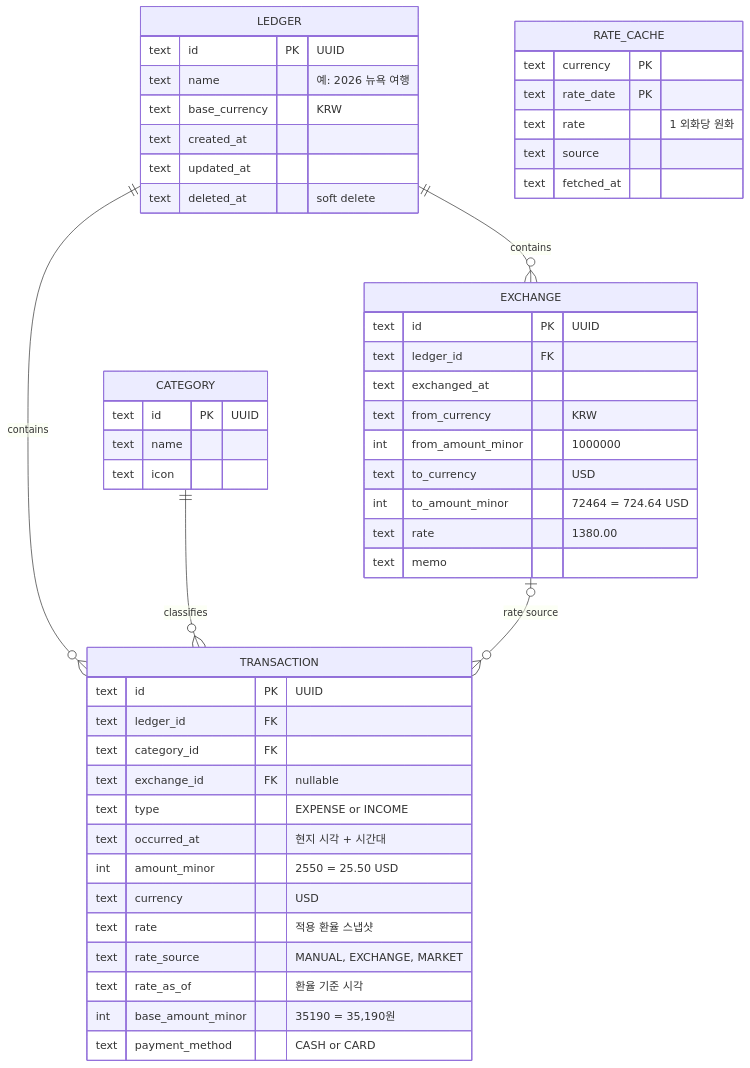
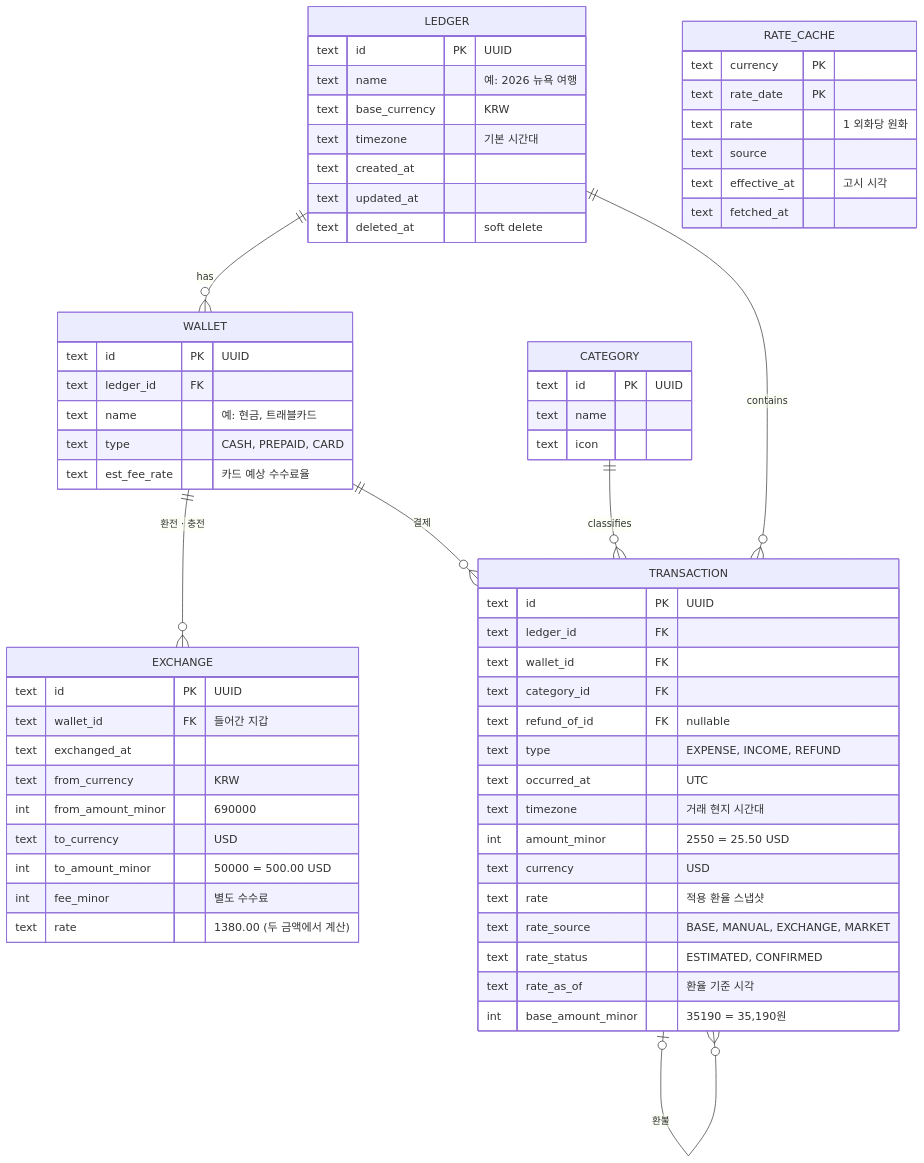
Before and after one commit to Xeoyeon/tradger: the fifth of 5 diagrams in docs/01-architecture.md, drawn with Mermaid. The commit also changed other lines of this file and 2 other files, not shown here.

````diff
--- a/docs/01-architecture.md
+++ b/docs/01-architecture.md
@@ -223,54 +230,67 @@
 ```mermaid
 erDiagram
+  LEDGER ||--o{ WALLET : has
   LEDGER ||--o{ TRANSACTION : contains
-  LEDGER ||--o{ EXCHANGE : contains
+  WALLET ||--o{ EXCHANGE : "환전 · 충전"
+  WALLET ||--o{ TRANSACTION : "결제"
   CATEGORY ||--o{ TRANSACTION : classifies
-  EXCHANGE |o--o{ TRANSACTION : "rate source"
+  TRANSACTION |o--o{ TRANSACTION : "환불"
 
   LEDGER {
     text id PK "UUID"
     text name "예: 2026 뉴욕 여행"
     text base_currency "KRW"
+    text timezone "기본 시간대"
     text created_at
     text updated_at
     text deleted_at "soft delete"
   }
+  WALLET {
+    text id PK "UUID"
+    text ledger_id FK
+    text name "예: 현금, 트래블카드"
+    text type "CASH, PREPAID, CARD"
+    text est_fee_rate "카드 예상 수수료율"
+  }
   EXCHANGE {
     text id PK "UUID"
-    text ledger_id FK
+    text wallet_id FK "들어간 지갑"
     text exchanged_at
     text from_currency "KRW"
-    int from_amount_minor "1000000"
+    int from_amount_minor "690000"
     text to_currency "USD"
-    int to_amount_minor "72464 = 724.64 USD"
-    text rate "1380.00"
-    text memo
+    int to_amount_minor "50000 = 500.00 USD"
+    int fee_minor "별도 수수료"
+    text rate "1380.00 (두 금액에서 계산)"
   }
   TRANSACTION {
     text id PK "UUID"
     text ledger_id FK
+    text wallet_id FK
     text category_id FK
-    text exchange_id FK "nullable"
-    text type "EXPENSE or INCOME"
-    text occurred_at "현지 시각 + 시간대"
+    text refund_of_id FK "nullable"
+    text type "EXPENSE, INCOME, REFUND"
+    text occurred_at "UTC"
+    text timezone "거래 현지 시간대"
     int amount_minor "2550 = 25.50 USD"
     text currency "USD"
     text rate "적용 환율 스냅샷"
-    text rate_source "MANUAL, EXCHANGE, MARKET"
+    text rate_source "BASE, MANUAL, EXCHANGE, MARKET"
+    text rate_status "ESTIMATED, CONFIRMED"
     text rate_as_of "환율 기준 시각"
     int base_amount_minor "35190 = 35,190원"
-    text payment_method "CASH or CARD"
   }
   CATEGORY {
     text id PK "UUID"
     text name
     text icon
   }
   RATE_CACHE {
     text currency PK
     text rate_date PK
     text rate "1 외화당 원화"
     text source
+    text effective_at "고시 시각"
     text fetched_at
   }
 ```
````
